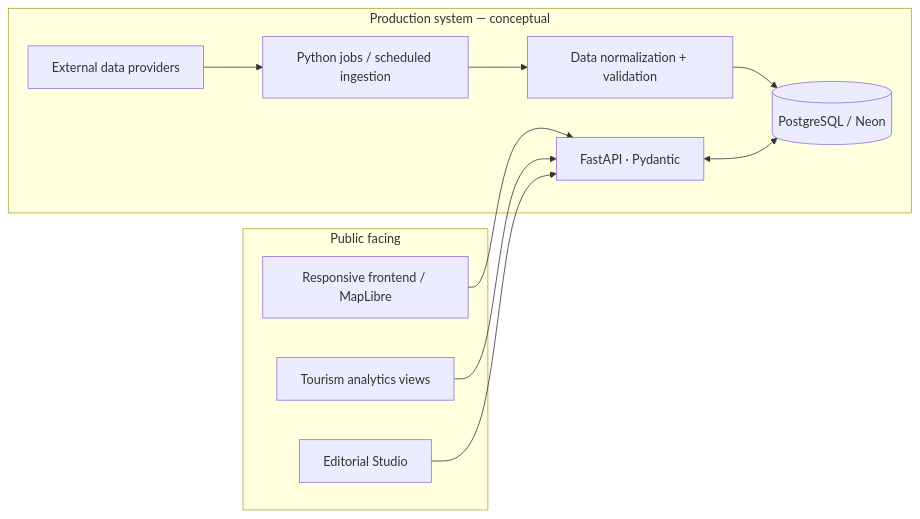
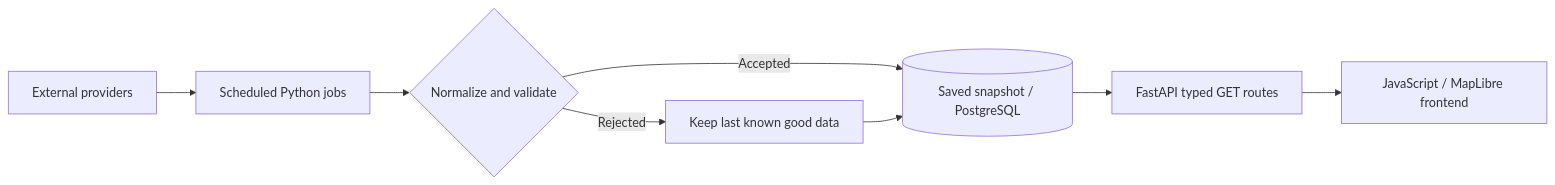
One commit to paulinap92/canarias-cerca-demo changed the diagram in README.md. Above: the diagram before and after it, drawn with Mermaid. The commit also changed other lines of this file and 17 other files, not shown here.

````diff
--- a/README.md
+++ b/README.md
@@ -45,20 +25,10 @@
 ```mermaid
 flowchart LR
-  subgraph PUBLIC[Public facing]
-    WEB[Responsive frontend / MapLibre]
-    CHARTS[Tourism analytics views]
-    STUDIO[Editorial Studio]
-  end
-  subgraph BACKEND[Production system — conceptual]
-    API[FastAPI · Pydantic]
-    JOBS[Python jobs / scheduled ingestion]
-    VALID[Data normalization + validation]
-    DB[(PostgreSQL / Neon)]
-    SRC[External data providers]
-  end
-  WEB --> API
-  CHARTS --> API
-  STUDIO --> API
-  SRC --> JOBS --> VALID --> DB
-  API <--> DB
+    A[External providers] --> B[Scheduled Python jobs]
+    B --> C{Normalize and validate}
+    C -->|Accepted| D[(Saved snapshot / PostgreSQL)]
+    C -->|Rejected| E[Keep last known good data]
+    E --> D
+    D --> F[FastAPI typed GET routes]
+    F --> G[JavaScript / MapLibre frontend]
 ```
````
